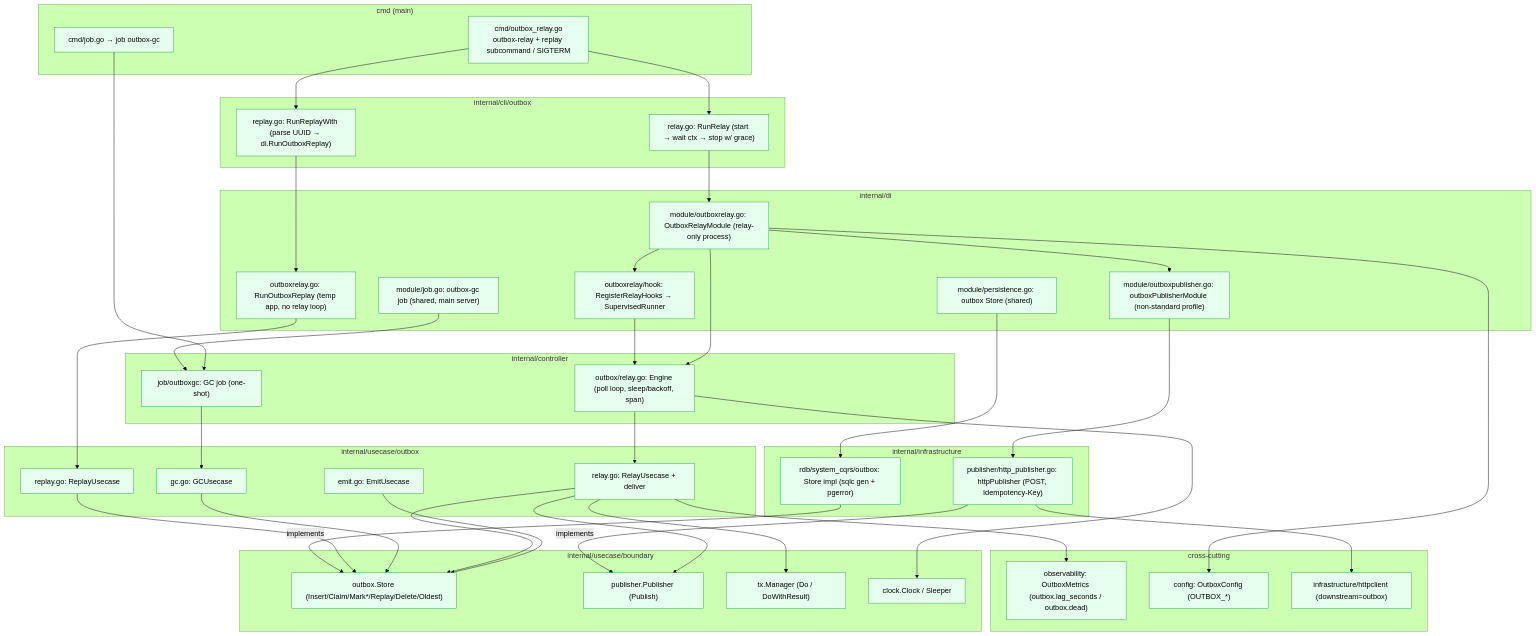
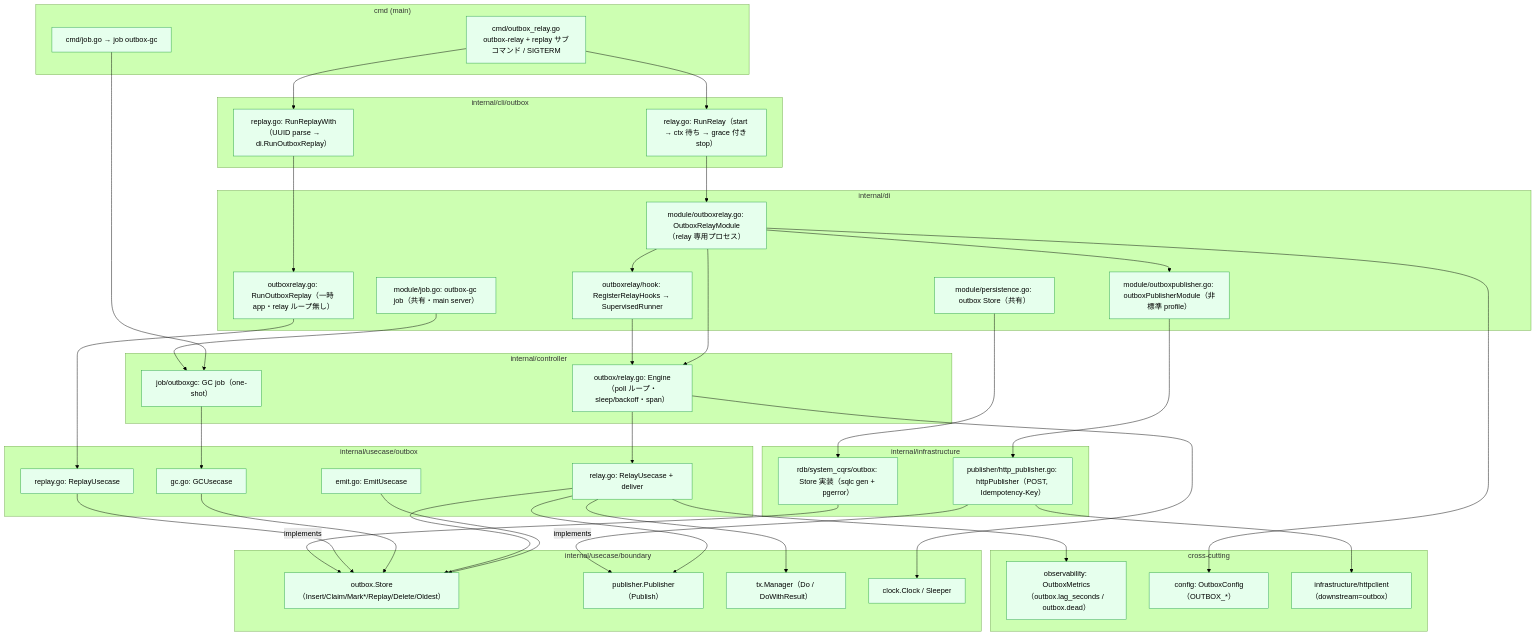
The third of 5 diagrams in docs/design/outbox.md (Tomy-ch/go-boilerplate), drawn with Mermaid (forest theme) before and after one commit. The commit also changed other lines of this file and 970 other files, not shown here.

````diff
--- a/docs/design/outbox.md
+++ b/docs/design/outbox.md
@@ -98,75 +96,75 @@
 ```mermaid
 flowchart TD
     subgraph cmdL["cmd (main)"]
-        CMD["cmd/outbox_relay.go<br/>outbox-relay + replay subcommand / SIGTERM"]
+        CMD["cmd/outbox_relay.go<br/>outbox-relay + replay サブコマンド / SIGTERM"]
         CMDJOB["cmd/job.go → job outbox-gc"]
     end
     subgraph cliL["internal/cli/outbox"]
-        CLIR["relay.go: RunRelay (start → wait ctx → stop w/ grace)"]
-        CLIP["replay.go: RunReplayWith (parse UUID → di.RunOutboxReplay)"]
+        CLIR["relay.go: RunRelay（start → ctx 待ち → grace 付き stop）"]
+        CLIP["replay.go: RunReplayWith（UUID parse → di.RunOutboxReplay）"]
     end
     subgraph diL["internal/di"]
-        DIM["module/outboxrelay.go: OutboxRelayModule (relay-only process)"]
-        DIP["module/outboxpublisher.go: outboxPublisherModule (non-standard profile)"]
-        DIPER["module/persistence.go: outbox Store (shared)"]
-        DIJOB["module/job.go: outbox-gc job (shared, main server)"]
+        DIM["module/outboxrelay.go: OutboxRelayModule（relay 専用プロセス）"]
+        DIP["module/outboxpublisher.go: outboxPublisherModule（非標準 profile）"]
+        DIPER["module/persistence.go: outbox Store（共有）"]
+        DIJOB["module/job.go: outbox-gc job（共有・main server）"]
         DIH["outboxrelay/hook: RegisterRelayHooks → SupervisedRunner"]
-        DIREP["outboxrelay.go: RunOutboxReplay (temp app, no relay loop)"]
+        DIREP["outboxrelay.go: RunOutboxReplay（一時 app・relay ループ無し）"]
     end
     subgraph ctrlL["internal/controller"]
-        ENG["outbox/relay.go: Engine (poll loop, sleep/backoff, span)"]
-        GCJ["job/outboxgc: GC job (one-shot)"]
+        ENG["outbox/relay.go: Engine（poll ループ・sleep/backoff・span）"]
+        GCJ["job/outboxgc: GC job（one-shot）"]
     end
     subgraph ucL["internal/usecase/outbox"]
         EMIT["emit.go: EmitUsecase"]
         REL["relay.go: RelayUsecase + deliver"]
         GC["gc.go: GCUsecase"]
         RPL["replay.go: ReplayUsecase"]
     end
     subgraph seamL["internal/usecase/boundary"]
-        STORE["outbox.Store (Insert/Claim/Mark*/Replay/Delete/Oldest)"]
-        PUB["publisher.Publisher (Publish)"]
-        TXM["tx.Manager (Do / DoWithResult)"]
+        STORE["outbox.Store（Insert/Claim/Mark*/Replay/Delete/Oldest）"]
+        PUB["publisher.Publisher（Publish）"]
+        TXM["tx.Manager（Do / DoWithResult）"]
         CLK["clock.Clock / Sleeper"]
     end
     subgraph infraL["internal/infrastructure"]
-        SQ["rdb/system_cqrs/outbox: Store impl (sqlc gen + pgerror)"]
-        HTTP["publisher/http_publisher.go: httpPublisher (POST, Idempotency-Key)"]
+        SQ["rdb/system_cqrs/outbox: Store 実装（sqlc gen + pgerror）"]
+        HTTP["publisher/http_publisher.go: httpPublisher（POST, Idempotency-Key）"]
     end
     subgraph crossL["cross-cutting"]
-        OBS["observability: OutboxMetrics (outbox.lag_seconds / outbox.dead)"]
-        CFG["config: OutboxConfig (OUTBOX_*)"]
-        HC["infrastructure/httpclient (downstream=outbox)"]
+        OBS["observability: OutboxMetrics（outbox.lag_seconds / outbox.dead）"]
+        CFG["config: OutboxConfig（OUTBOX_*）"]
+        HC["infrastructure/httpclient（downstream=outbox）"]
     end
 
     CMD --> CLIR
     CMD --> CLIP
     CMDJOB --> GCJ
     CLIR --> DIM
     CLIP --> DIREP
     DIM --> DIP
     DIM --> ENG
     DIM --> DIH
     DIH --> ENG
     DIPER --> SQ
     DIJOB --> GCJ
     ENG --> REL
     GCJ --> GC
     DIREP --> RPL
     EMIT --> STORE
     REL --> STORE
     REL --> PUB
     REL --> TXM
     REL --> OBS
     GC --> STORE
     RPL --> STORE
     SQ -- implements --> STORE
     HTTP -- implements --> PUB
     HTTP --> HC
     DIP --> HTTP
     ENG --> CLK
     DIM --> CFG
 
     classDef done fill:#e6ffed,stroke:#2da44e;
     class CMD,CMDJOB,CLIR,CLIP,DIM,DIP,DIPER,DIJOB,DIH,DIREP,ENG,GCJ,EMIT,REL,GC,RPL,STORE,PUB,TXM,CLK,SQ,HTTP,OBS,CFG,HC done;
 ```
````
